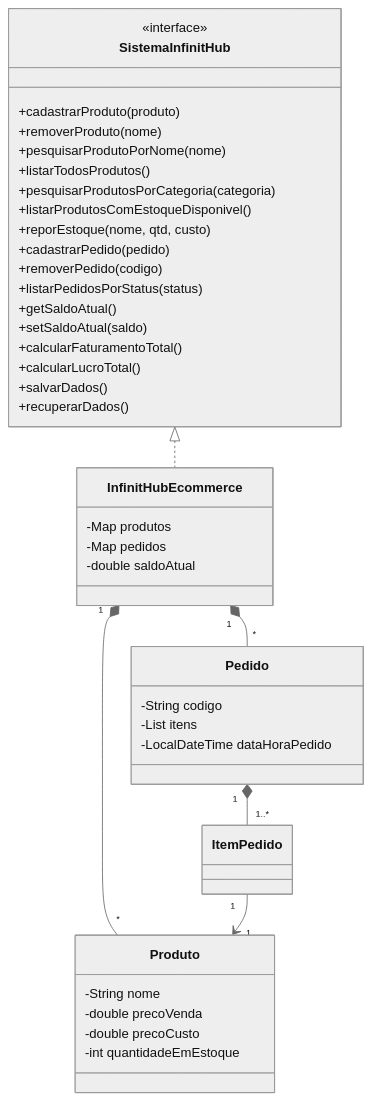
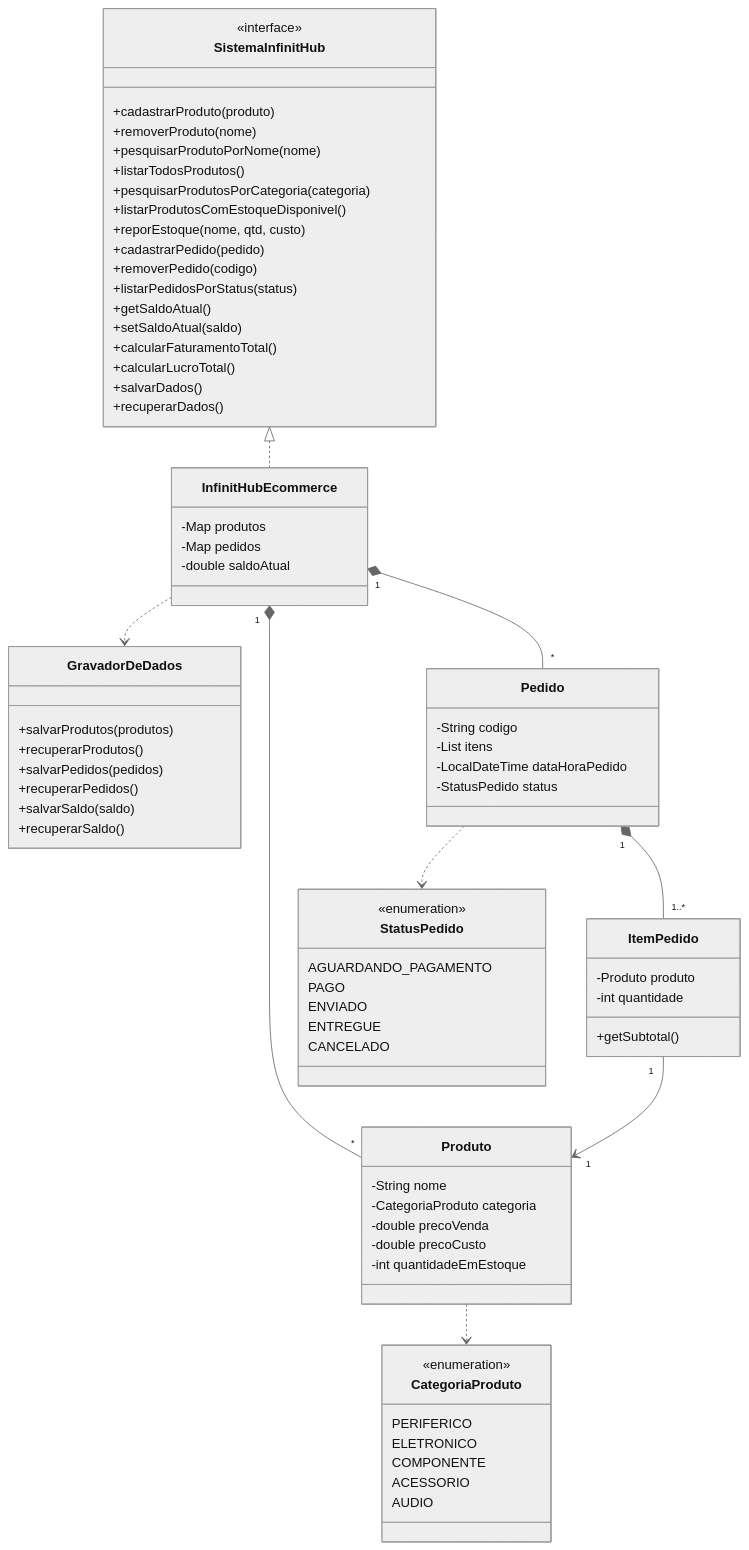
The diagram in diagrama-uml.mmd (AbnerMatheus007/GestaoiHub-POO), drawn with Mermaid (neutral theme) before and after one commit. The commit also changed 8 other files, not shown here.

```diff
--- a/diagrama-uml.mmd
+++ b/diagrama-uml.mmd
@@ -1,45 +1,83 @@
 classDiagram
     class SistemaInfinitHub {
         <<interface>>
         +cadastrarProduto(produto)
         +removerProduto(nome)
         +pesquisarProdutoPorNome(nome)
         +listarTodosProdutos()
         +pesquisarProdutosPorCategoria(categoria)
         +listarProdutosComEstoqueDisponivel()
         +reporEstoque(nome, qtd, custo)
         +cadastrarPedido(pedido)
         +removerPedido(codigo)
         +listarPedidosPorStatus(status)
         +getSaldoAtual()
         +setSaldoAtual(saldo)
         +calcularFaturamentoTotal()
         +calcularLucroTotal()
         +salvarDados()
         +recuperarDados()
     }
 
     class InfinitHubEcommerce {
         -Map produtos
         -Map pedidos
         -double saldoAtual
     }
 
+    class GravadorDeDados {
+        +salvarProdutos(produtos)
+        +recuperarProdutos()
+        +salvarPedidos(pedidos)
+        +recuperarPedidos()
+        +salvarSaldo(saldo)
+        +recuperarSaldo()
+    }
+
     class Produto {
         -String nome
+        -CategoriaProduto categoria
         -double precoVenda
         -double precoCusto
         -int quantidadeEmEstoque
     }
 
     class Pedido {
         -String codigo
         -List itens
         -LocalDateTime dataHoraPedido
+        -StatusPedido status
+    }
+
+    class ItemPedido {
+        -Produto produto
+        -int quantidade
+        +getSubtotal()
+    }
+
+    class CategoriaProduto {
+        <<enumeration>>
+        PERIFERICO
+        ELETRONICO
+        COMPONENTE
+        ACESSORIO
+        AUDIO
+    }
+
+    class StatusPedido {
+        <<enumeration>>
+        AGUARDANDO_PAGAMENTO
+        PAGO
+        ENVIADO
+        ENTREGUE
+        CANCELADO
     }
 
     SistemaInfinitHub <|.. InfinitHubEcommerce
+    InfinitHubEcommerce ..> GravadorDeDados
     InfinitHubEcommerce "1" *-- "*" Produto
     InfinitHubEcommerce "1" *-- "*" Pedido
     Pedido "1" *-- "1..*" ItemPedido
     ItemPedido "1" --> "1" Produto
+    Produto ..> CategoriaProduto
+    Pedido ..> StatusPedido
```
